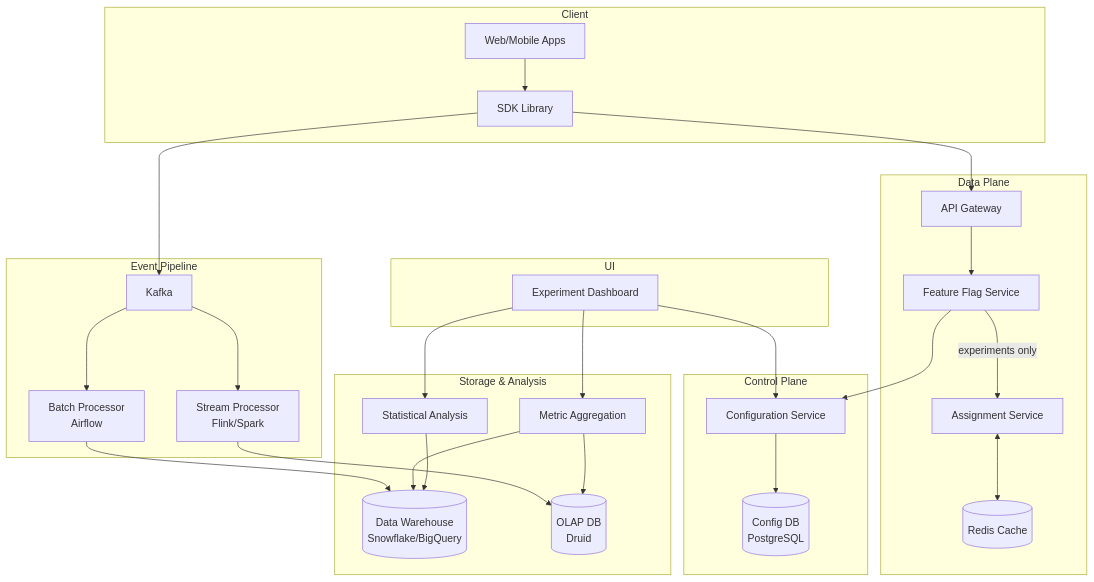
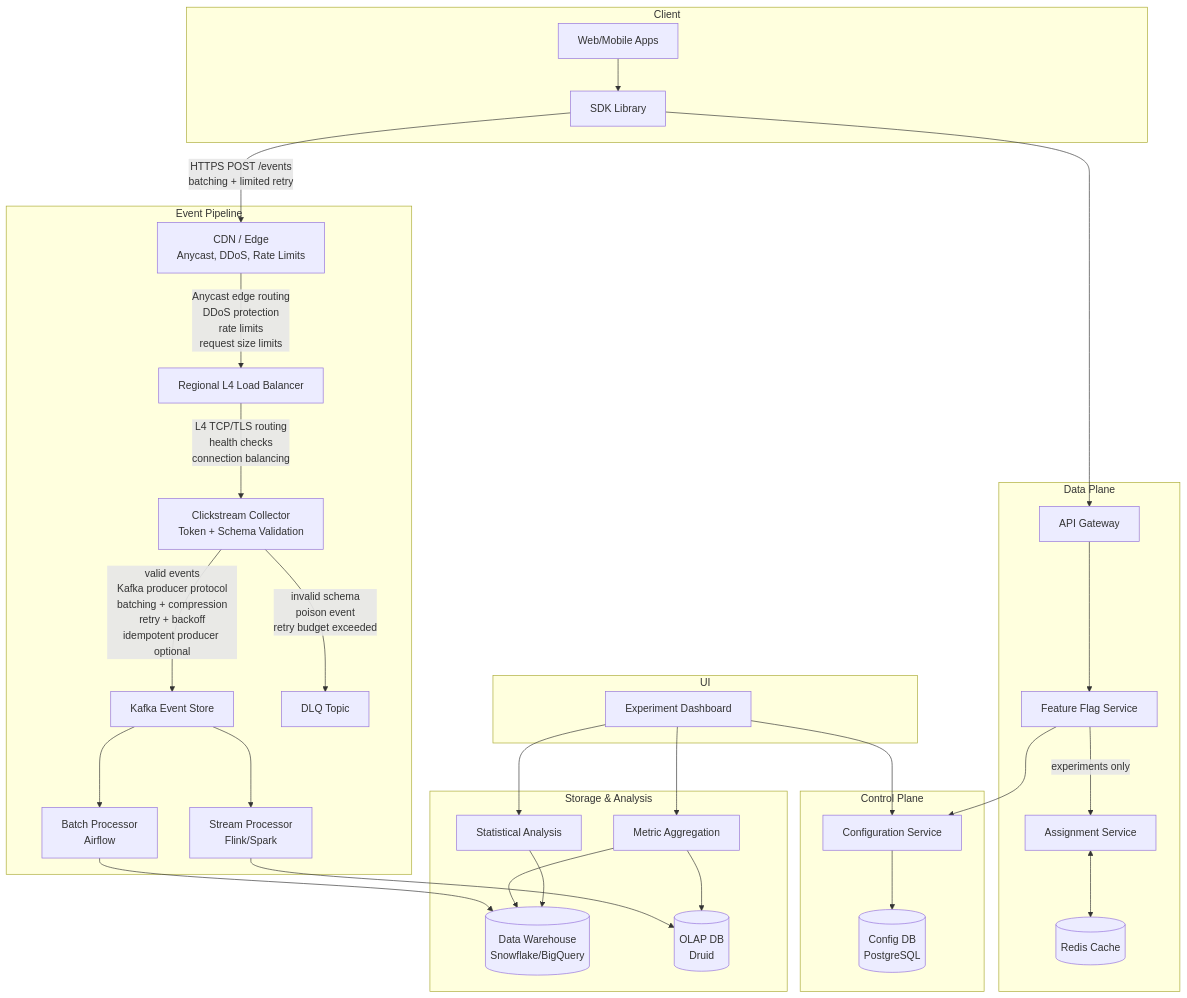
The diagram in system-design/case-study/experimentation-framework/experimentation-framework.md (brandon-benge/InterviewPrep), drawn with Mermaid before and after one commit. The commit also changed other lines of this file and 42 other files, not shown here.

````diff
--- a/system-design/case-study/experimentation-framework/experimentation-framework.md
+++ b/system-design/case-study/experimentation-framework/experimentation-framework.md
@@ -10,55 +10,64 @@
 ```mermaid
 flowchart TB
     subgraph Client
         A[Web/Mobile Apps]
         C[SDK Library]
     end
     
     subgraph Control Plane
         H[Configuration Service]
         G[(Config DB<br/>PostgreSQL)]
     end
     
     subgraph Data Plane
         D[API Gateway]
         F[Feature Flag Service]
         E[Assignment Service]
         I[(Redis Cache)]
     end
     
     subgraph Event Pipeline
-        J[Kafka]
+        R[CDN / Edge<br/>Anycast, DDoS, Rate Limits]
+        S[Regional L4 Load Balancer]
+        T[Clickstream Collector<br/>Token + Schema Validation]
+        J[Kafka Event Store]
+        U[DLQ Topic]
         K[Stream Processor<br/>Flink/Spark]
         L[Batch Processor<br/>Airflow]
     end
     
     subgraph Storage & Analysis
         M[(Data Warehouse<br/>Snowflake/BigQuery)]
         N[(OLAP DB<br/>Druid)]
         O[Statistical Analysis]
         P[Metric Aggregation]
     end
     
     subgraph UI
         Q[Experiment Dashboard]
     end
     
     A --> C
     C --> D
     D --> F
     F --> H
     F -->|"experiments only"| E
     E <--> I
     H --> G
     Q --> H
-    C --> J
+    %% Event pipeline edges updated below
+    C -->|HTTPS POST /events<br/>batching + limited retry| R
+    R -->|Anycast edge routing<br/>DDoS protection<br/>rate limits<br/>request size limits| S
+    S -->|L4 TCP/TLS routing<br/>health checks<br/>connection balancing| T
+    T -->|valid events<br/>Kafka producer protocol<br/>batching + compression<br/>retry + backoff<br/>idempotent producer optional| J
+    T -->|invalid schema<br/>poison event<br/>retry budget exceeded| U
     J --> K
     J --> L
     K --> N
     L --> M
     P --> M
     P --> N
     O --> M
     Q --> O
     Q --> P
 ```
````
